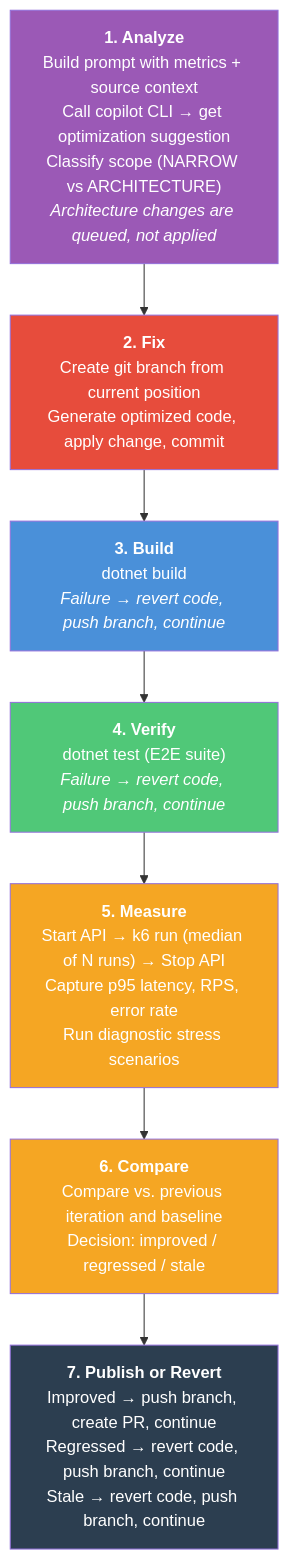
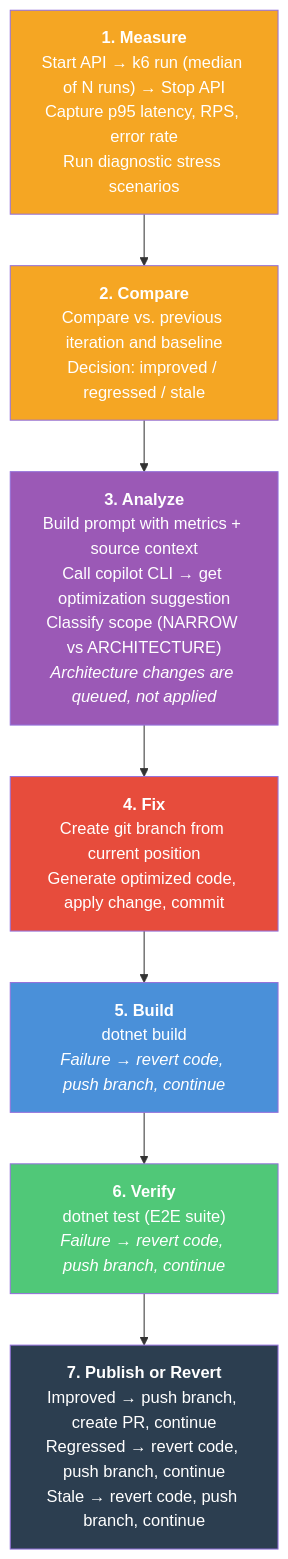
Before and after one commit to J-Bax/Hone: the first of 2 diagrams in docs/architecture.md, drawn with Mermaid. The commit also changed 1 other file, not shown here.

Commit message:
docs: reorder loop to Measure-first (MeasureCompareAnalyzeFixBuildVerifyPublish)
The conceptual starting point is measurement, not analysis  iteration 1
has nothing to analyze until performance has been measured. Updated both
the README cycle diagram and the architecture iteration flow.

````diff
--- a/docs/architecture.md
+++ b/docs/architecture.md
@@ -25,20 +25,20 @@
 ```mermaid
 flowchart TD
-    ANALYZE["<b>1. Analyze</b><br/>Build prompt with metrics + source context<br/>Call copilot CLI → get optimization suggestion<br/>Classify scope (NARROW vs ARCHITECTURE)<br/><i>Architecture changes are queued, not applied</i>"]
-    FIX["<b>2. Fix</b><br/>Create git branch from current position<br/>Generate optimized code, apply change, commit"]
-    BUILD["<b>3. Build</b><br/>dotnet build<br/><i>Failure → revert code, push branch, continue</i>"]
-    VERIFY["<b>4. Verify</b><br/>dotnet test (E2E suite)<br/><i>Failure → revert code, push branch, continue</i>"]
-    MEASURE["<b>5. Measure</b><br/>Start API → k6 run (median of N runs) → Stop API<br/>Capture p95 latency, RPS, error rate<br/>Run diagnostic stress scenarios"]
-    COMPARE["<b>6. Compare</b><br/>Compare vs. previous iteration and baseline<br/>Decision: improved / regressed / stale"]
+    MEASURE["<b>1. Measure</b><br/>Start API → k6 run (median of N runs) → Stop API<br/>Capture p95 latency, RPS, error rate<br/>Run diagnostic stress scenarios"]
+    COMPARE["<b>2. Compare</b><br/>Compare vs. previous iteration and baseline<br/>Decision: improved / regressed / stale"]
+    ANALYZE["<b>3. Analyze</b><br/>Build prompt with metrics + source context<br/>Call copilot CLI → get optimization suggestion<br/>Classify scope (NARROW vs ARCHITECTURE)<br/><i>Architecture changes are queued, not applied</i>"]
+    FIX["<b>4. Fix</b><br/>Create git branch from current position<br/>Generate optimized code, apply change, commit"]
+    BUILD["<b>5. Build</b><br/>dotnet build<br/><i>Failure → revert code, push branch, continue</i>"]
+    VERIFY["<b>6. Verify</b><br/>dotnet test (E2E suite)<br/><i>Failure → revert code, push branch, continue</i>"]
     PUBLISH["<b>7. Publish or Revert</b><br/>Improved → push branch, create PR, continue<br/>Regressed → revert code, push branch, continue<br/>Stale → revert code, push branch, continue"]
 
-    ANALYZE --> FIX --> BUILD --> VERIFY --> MEASURE --> COMPARE --> PUBLISH
+    MEASURE --> COMPARE --> ANALYZE --> FIX --> BUILD --> VERIFY --> PUBLISH
 
+    style MEASURE fill:#f5a623,color:#fff
+    style COMPARE fill:#f5a623,color:#fff
     style ANALYZE fill:#9b59b6,color:#fff
     style FIX fill:#e74c3c,color:#fff
     style BUILD fill:#4a90d9,color:#fff
     style VERIFY fill:#50c878,color:#fff
-    style MEASURE fill:#f5a623,color:#fff
-    style COMPARE fill:#f5a623,color:#fff
     style PUBLISH fill:#2c3e50,color:#fff
 ```
````
